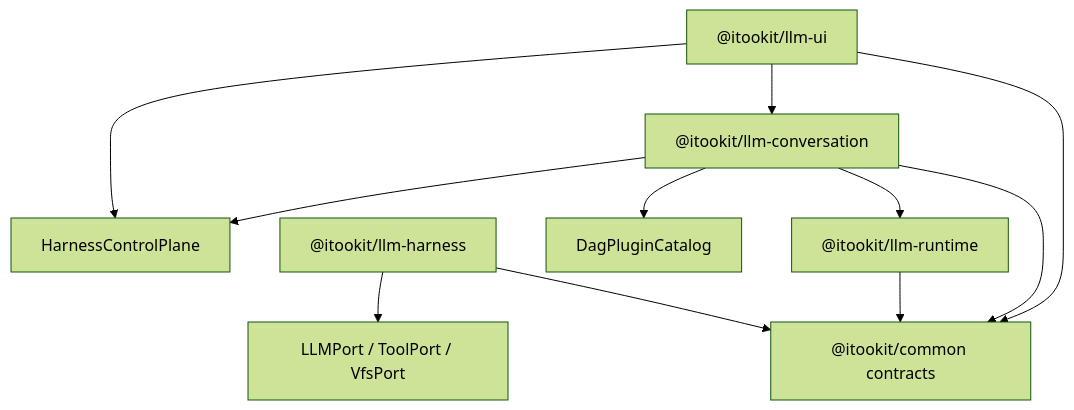
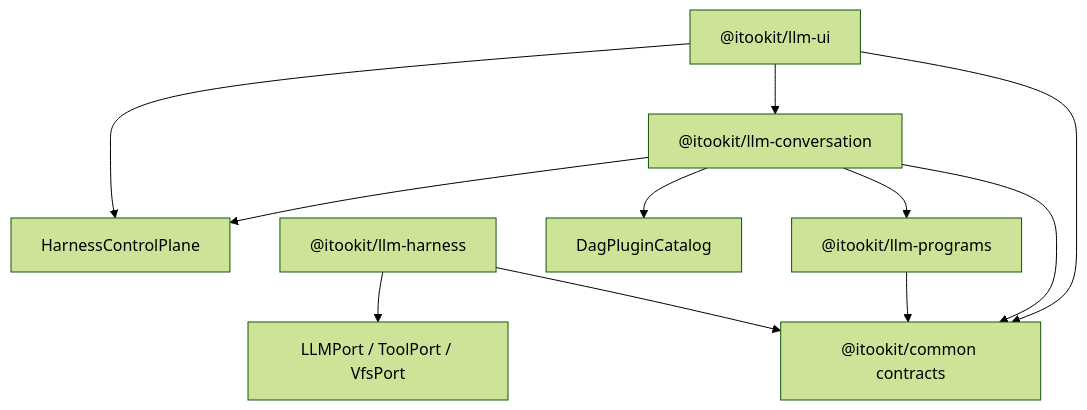
Before and after one commit to mushuanli/itookit: the diagram in doc/feat/llm-v3-design.md, drawn with Mermaid (forest theme). The commit also changed other lines of this file and 258 other files, not shown here.

````diff
--- a/doc/feat/llm-v3-design.md
+++ b/doc/feat/llm-v3-design.md
@@ -24,13 +24,13 @@
 ```mermaid
 flowchart TD
     UI["@itookit/llm-ui"] --> Conversation["@itookit/llm-conversation"]
     UI --> Control["HarnessControlPlane"]
-    Conversation --> Engine["@itookit/llm-runtime"]
+    Conversation --> Engine["@itookit/llm-programs"]
     Conversation --> Control
     Conversation --> Plugins["DagPluginCatalog"]
     Harness["@itookit/llm-harness"] --> Contracts["@itookit/common contracts"]
     Engine --> Contracts
     Conversation --> Contracts
     UI --> Contracts
     Harness --> Ports["LLMPort / ToolPort / VfsPort"]
 ```
````
